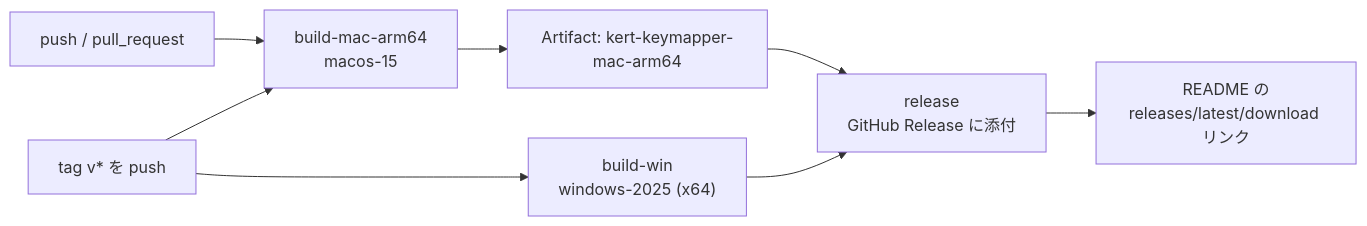
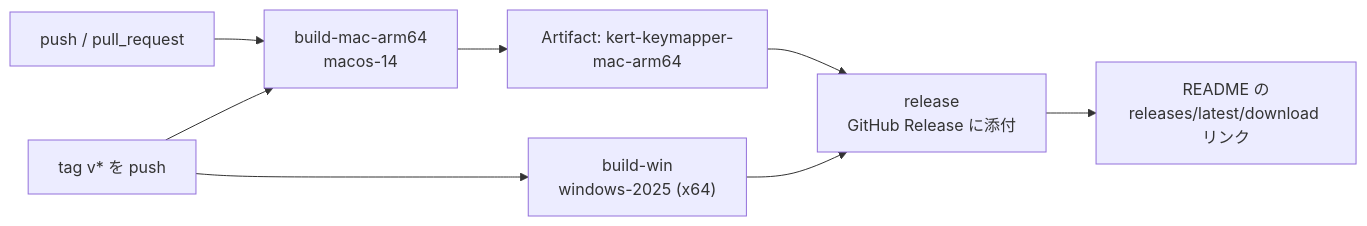
The second of 2 diagrams in util/macos/README.md (digitarhythm/KeRT-Keymapper), drawn with Mermaid before and after one commit. The commit also changed other lines of this file and 1 other file, not shown here.

Commit message:
ci: build the macOS app on macos-14 runners
- build-mac-arm64 runs on macos-14 (also arm64) instead of macos-15, whose runners were not acquired
  for half a day during the 1.5.3 release; the app still targets macOS 11.0 and later (MIN_OS)
- util/macos/README.md: the runner name in the table and the diagram

````diff
--- a/util/macos/README.md
+++ b/util/macos/README.md
@@ -57,10 +57,10 @@
 ```mermaid
 flowchart LR
-    P["push / pull_request"] --> A["build-mac-arm64<br/>macos-15"]
+    P["push / pull_request"] --> A["build-mac-arm64<br/>macos-14"]
     A --> AA["Artifact: kert-keymapper-mac-arm64"]
     T["tag v* を push"] --> A
     T --> W["build-win<br/>windows-2025 (x64)"]
     AA --> R["release<br/>GitHub Release に添付"]
     W --> R
     R --> L["README の<br/>releases/latest/download リンク"]
 ```
````
